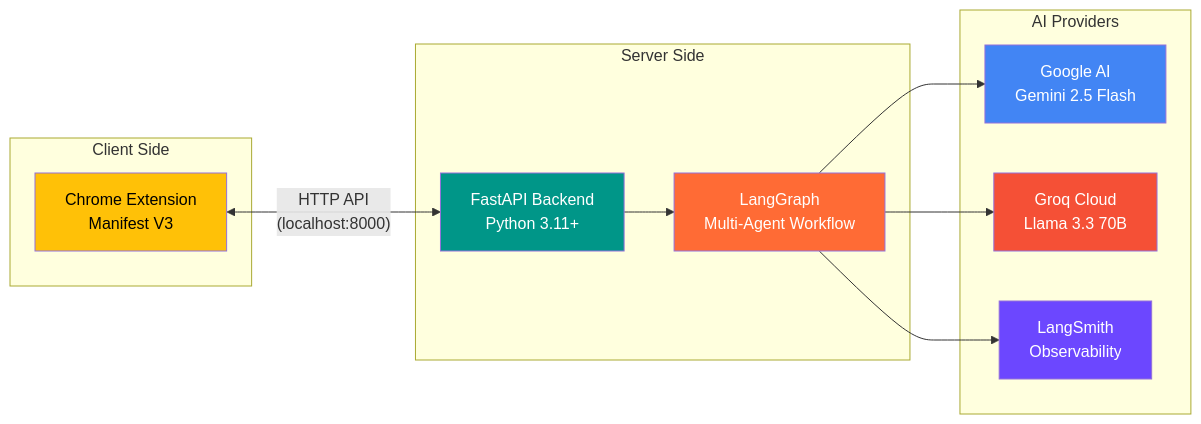
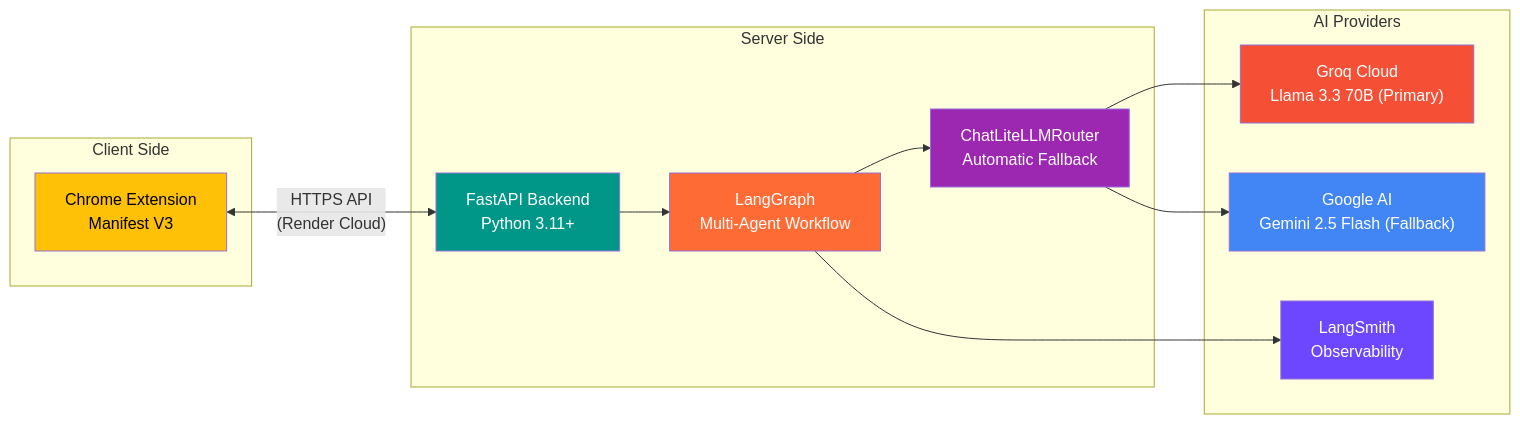
One commit to himanshu231204/linkedin-ai-comment-copilot changed the first of 10 diagrams in doc/ARCHITECTURE.md. Above: the diagram before and after it, drawn with Mermaid. The commit also changed other lines of this file and 4 other files, not shown here.

First line of the commit message:
docs: update all documentation to reflect ChatLiteLLMRouter, Groq primary, and Render deployment

````diff
--- a/doc/ARCHITECTURE.md
+++ b/doc/ARCHITECTURE.md
@@ -24,30 +24,33 @@
 ```mermaid
 graph LR
     subgraph "Client Side"
         EXT["Chrome Extension<br/>Manifest V3"]
     end
 
     subgraph "Server Side"
         API["FastAPI Backend<br/>Python 3.11+"]
         LG["LangGraph<br/>Multi-Agent Workflow"]
+        ROUTER["ChatLiteLLMRouter<br/>Automatic Fallback"]
     end
 
     subgraph "AI Providers"
-        GEM["Google AI<br/>Gemini 2.5 Flash"]
-        GROQ["Groq Cloud<br/>Llama 3.3 70B"]
+        GROQ["Groq Cloud<br/>Llama 3.3 70B (Primary)"]
+        GEM["Google AI<br/>Gemini 2.5 Flash (Fallback)"]
         LS["LangSmith<br/>Observability"]
     end
 
-    EXT <-->|"HTTP API<br/>(localhost:8000)"| API
+    EXT <-->|"HTTPS API<br/>(Render Cloud)"| API
     API --> LG
-    LG --> GEM
-    LG --> GROQ
+    LG --> ROUTER
+    ROUTER --> GROQ
+    ROUTER --> GEM
     LG --> LS
 
     style EXT fill:#FFC107,color:#000
     style API fill:#009688,color:#fff
     style LG fill:#FF6B35,color:#fff
+    style ROUTER fill:#9C27B0,color:#fff
+    style GROQ fill:#F55036,color:#fff
     style GEM fill:#4285F4,color:#fff
-    style GROQ fill:#F55036,color:#fff
     style LS fill:#6C47FF,color:#fff
 ```
````
